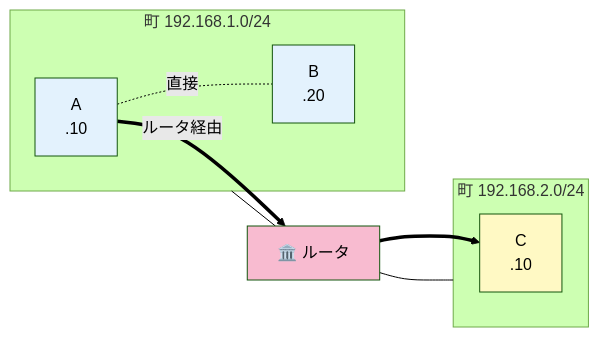
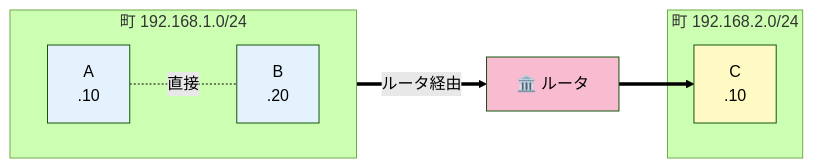
Before and after one commit to Tsunanko/netpractice-guide: the second of 2 diagrams in docs/01-basics/subnet-mask.md, drawn with Mermaid (forest theme). The commit also changed other lines of this file and 4 other files, not shown here.

First line of the commit message:
Make Mermaid figures readable and use viewport width effectively

````diff
--- a/docs/01-basics/subnet-mask.md
+++ b/docs/01-basics/subnet-mask.md
@@ -118,20 +121,17 @@
 ```mermaid
 flowchart LR
     subgraph town1 [町 192.168.1.0/24]
-      A[A<br>.10]
-      B[B<br>.20]
+      direction LR
+      A[A<br>.10] -.直接.- B[B<br>.20]
     end
+    A ==>|ルータ経由| R[🏛️ ルータ]
+    R ==> C[C<br>.10]
     subgraph town2 [町 192.168.2.0/24]
-      C[C<br>.10]
+      C
     end
-    R[🏛️ ルータ] --- town1
-    R --- town2
-    A -.直接.- B
-    A ==ルータ経由==> R
-    R ==> C
 
     style A fill:#E3F2FD
     style B fill:#E3F2FD
     style C fill:#FFF9C4
     style R fill:#F8BBD0
 ```
````
